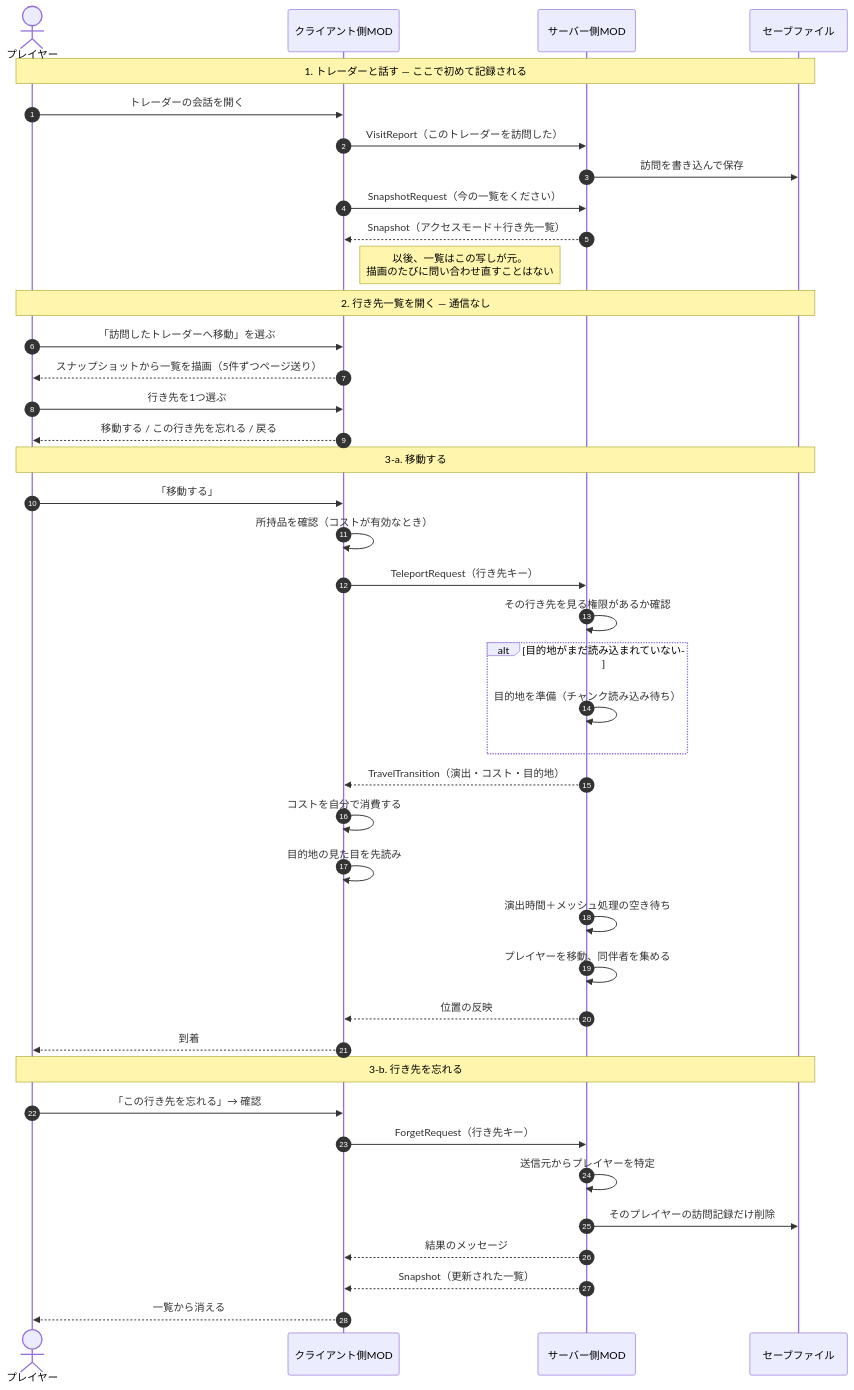
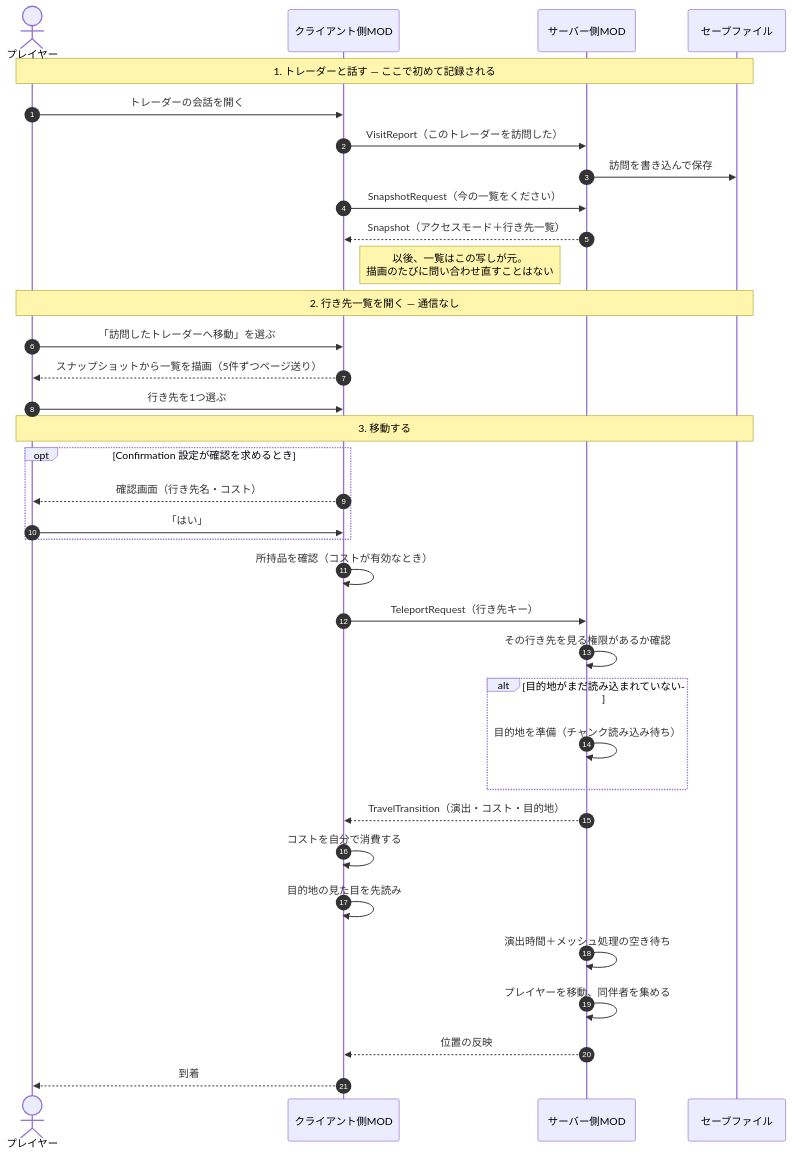
The first of 3 diagrams in docs/MultiplayerFlow.md (WhiteAnthrax/VisitedTraderTeleport), drawn with Mermaid before and after one commit. The commit also changed other lines of this file and 13 other files, not shown here.

````diff
--- a/docs/MultiplayerFlow.md
+++ b/docs/MultiplayerFlow.md
@@ -7,47 +7,40 @@
 ```mermaid
 sequenceDiagram
     autonumber
     actor P as プレイヤー
     participant C as クライアント側MOD
     participant S as サーバー側MOD
     participant F as セーブファイル
 
     Note over P,F: 1. トレーダーと話す — ここで初めて記録される
     P->>C: トレーダーの会話を開く
     C->>S: VisitReport（このトレーダーを訪問した）
     S->>F: 訪問を書き込んで保存
     C->>S: SnapshotRequest（今の一覧をください）
     S-->>C: Snapshot（アクセスモード＋行き先一覧）
     Note right of C: 以後、一覧はこの写しが元。<br/>描画のたびに問い合わせ直すことはない
 
     Note over P,F: 2. 行き先一覧を開く — 通信なし
     P->>C: 「訪問したトレーダーへ移動」を選ぶ
     C-->>P: スナップショットから一覧を描画（5件ずつページ送り）
     P->>C: 行き先を1つ選ぶ
-    C-->>P: 移動する / この行き先を忘れる / 戻る
 
-    Note over P,F: 3-a. 移動する
-    P->>C: 「移動する」
+    Note over P,F: 3. 移動する
+    opt Confirmation 設定が確認を求めるとき
+        C-->>P: 確認画面（行き先名・コスト）
+        P->>C: 「はい」
+    end
     C->>C: 所持品を確認（コストが有効なとき）
     C->>S: TeleportRequest（行き先キー）
     S->>S: その行き先を見る権限があるか確認
     alt 目的地がまだ読み込まれていない
         S->>S: 目的地を準備（チャンク読み込み待ち）
     end
     S-->>C: TravelTransition（演出・コスト・目的地）
     C->>C: コストを自分で消費する
     C->>C: 目的地の見た目を先読み
     S->>S: 演出時間＋メッシュ処理の空き待ち
     S->>S: プレイヤーを移動、同伴者を集める
     S-->>C: 位置の反映
     C-->>P: 到着
-
-    Note over P,F: 3-b. 行き先を忘れる
-    P->>C: 「この行き先を忘れる」→ 確認
-    C->>S: ForgetRequest（行き先キー）
-    S->>S: 送信元からプレイヤーを特定
-    S->>F: そのプレイヤーの訪問記録だけ削除
-    S-->>C: 結果のメッセージ
-    S-->>C: Snapshot（更新された一覧）
-    C-->>P: 一覧から消える
 ```
````
